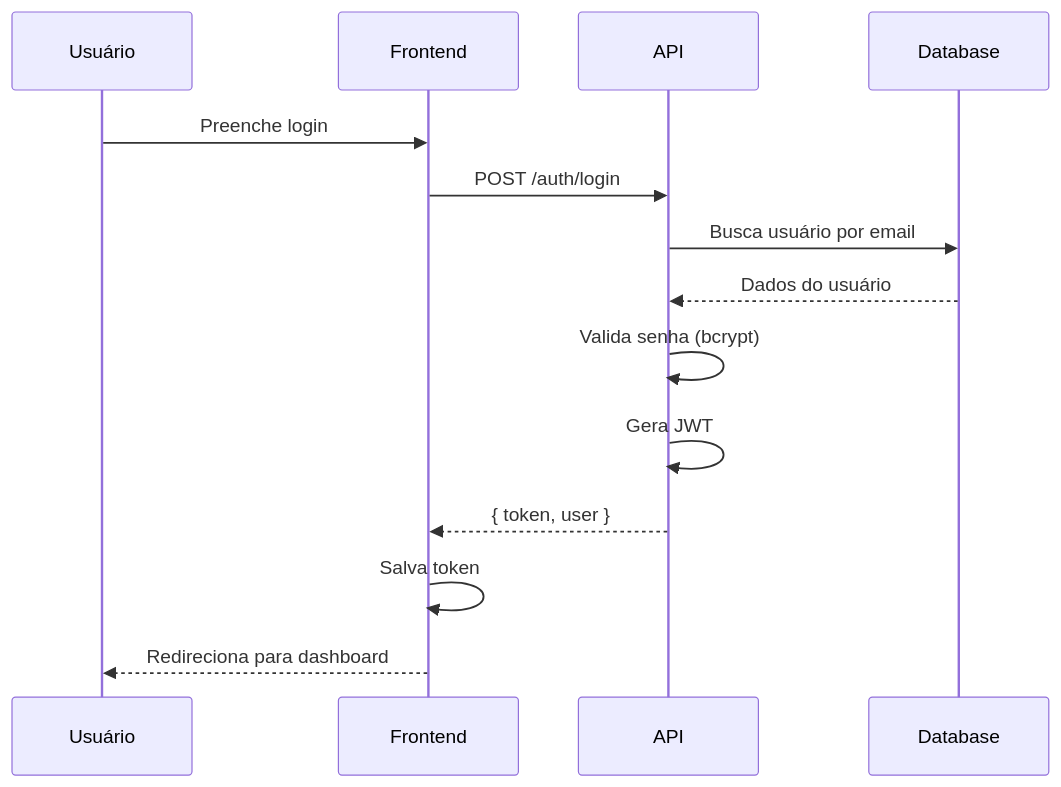
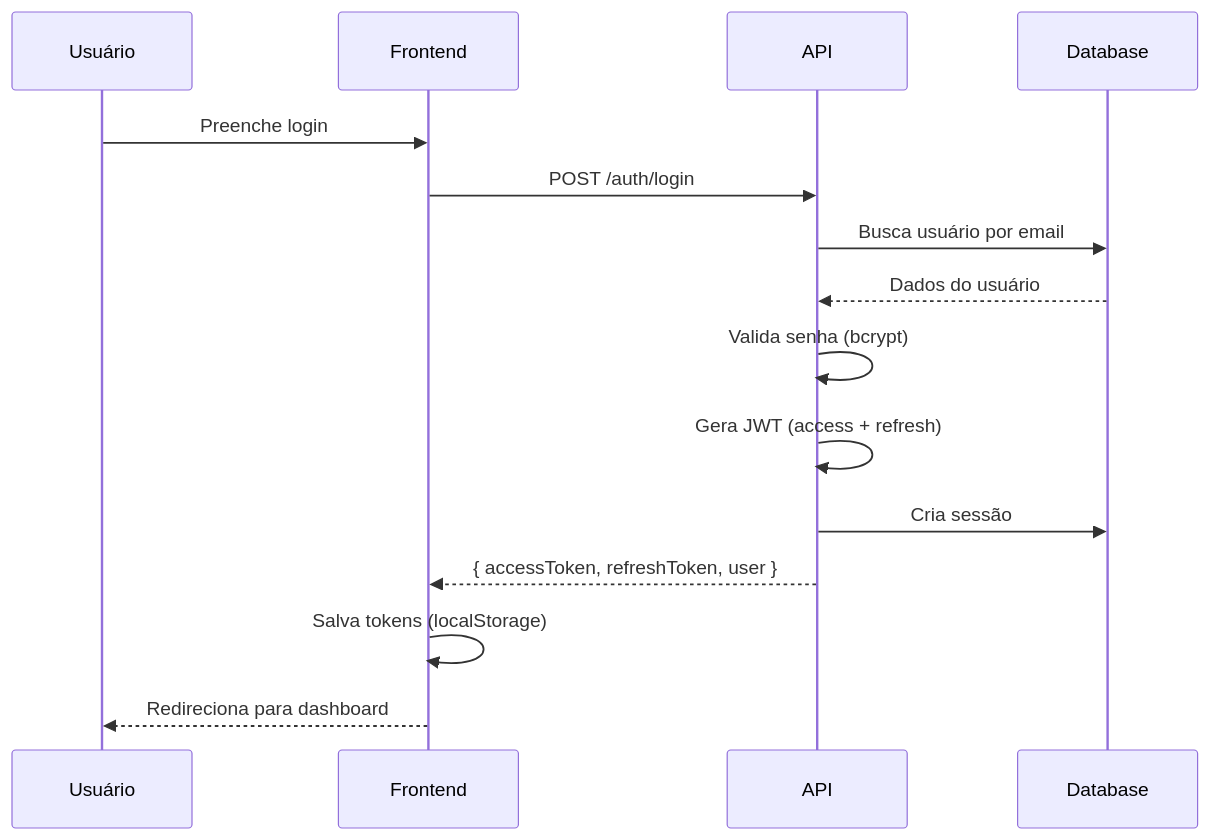
Before and after one commit to sebavieira/template-cli-seba: the first of 10 diagrams in docs/spec/05-diagramas-sequencia.md, drawn with Mermaid. The commit also changed other lines of this file and 75 other files, not shown here.

````diff
--- a/docs/spec/05-diagramas-sequencia.md
+++ b/docs/spec/05-diagramas-sequencia.md
@@ -12,17 +12,18 @@
 ```mermaid
 sequenceDiagram
     participant U as Usuário
     participant F as Frontend
     participant A as API
     participant D as Database
 
     U->>F: Preenche login
     F->>A: POST /auth/login
     A->>D: Busca usuário por email
     D-->>A: Dados do usuário
     A->>A: Valida senha (bcrypt)
-    A->>A: Gera JWT
-    A-->>F: { token, user }
-    F->>F: Salva token
+    A->>A: Gera JWT (access + refresh)
+    A->>D: Cria sessão
+    A-->>F: { accessToken, refreshToken, user }
+    F->>F: Salva tokens (localStorage)
     F-->>U: Redireciona para dashboard
 ```
````
